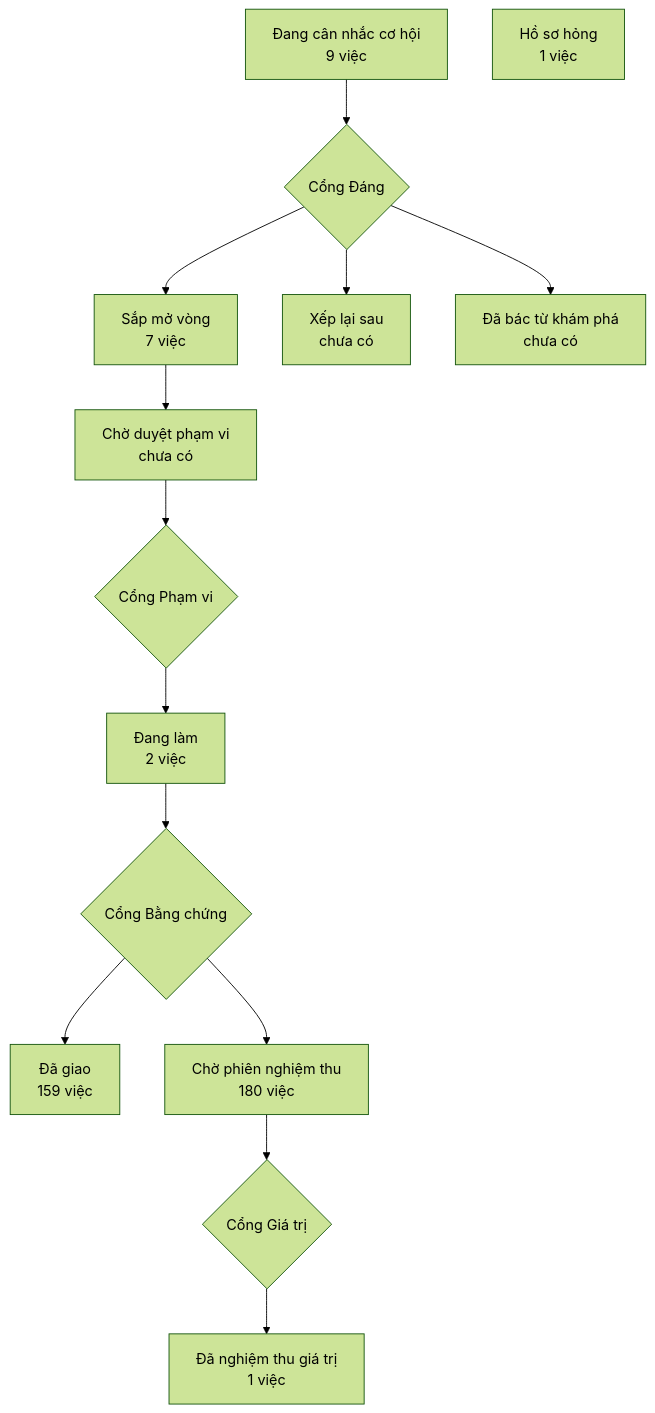
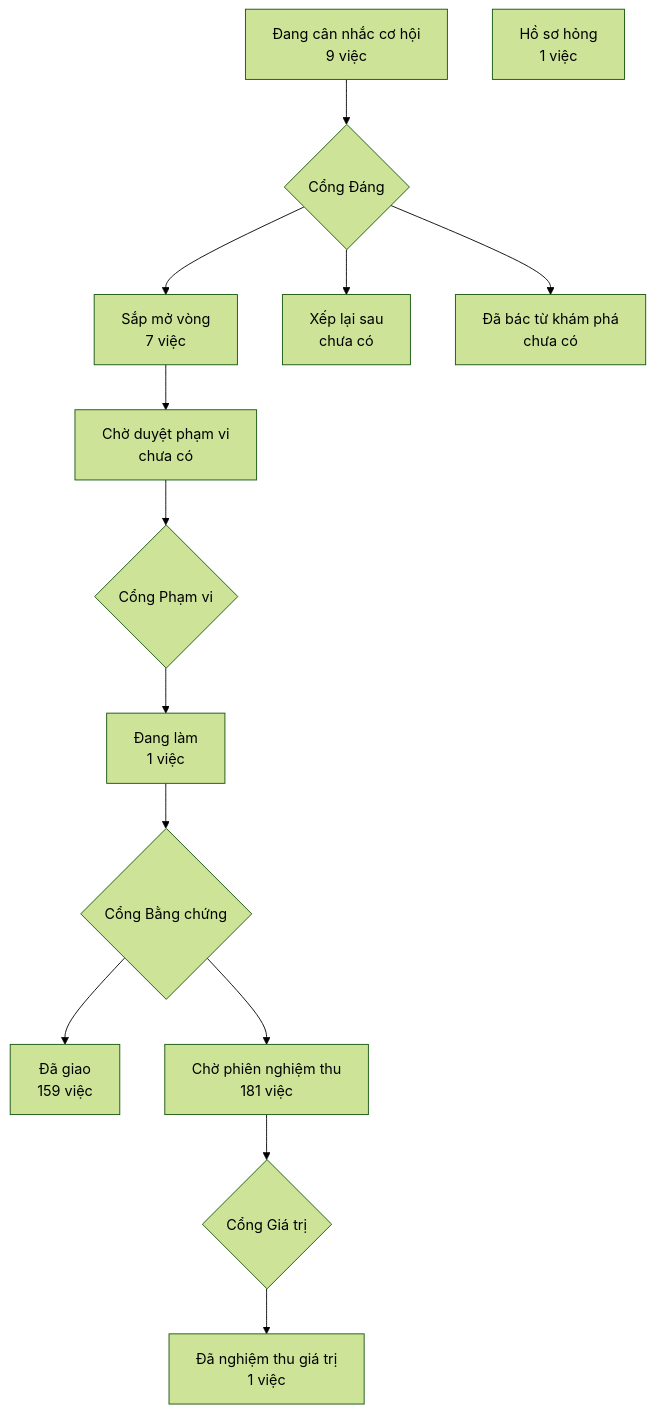
The diagram in PRODUCT-MAP.md (phanlemanh/crm-onehub), drawn with Mermaid (forest theme) before and after one commit. The commit also changed 4 other files, not shown here.

````diff
--- a/PRODUCT-MAP.md
+++ b/PRODUCT-MAP.md
@@ -7,13 +7,13 @@
 ```mermaid
 flowchart TD
   A["Đang cân nhắc cơ hội<br/>9 việc"] --> GD{"Cổng Đáng"}
   GD --> B["Sắp mở vòng<br/>7 việc"]
   GD --> XL["Xếp lại sau<br/>chưa có"]
   GD --> DB["Đã bác từ khám phá<br/>chưa có"]
   B --> CD["Chờ duyệt phạm vi<br/>chưa có"] --> GP{"Cổng Phạm vi"}
-  GP --> DL["Đang làm<br/>2 việc"] --> GB{"Cổng Bằng chứng"}
+  GP --> DL["Đang làm<br/>1 việc"] --> GB{"Cổng Bằng chứng"}
   GB --> DG["Đã giao<br/>159 việc"]
-  GB --> CN["Chờ phiên nghiệm thu<br/>180 việc"] --> GG{"Cổng Giá trị"}
+  GB --> CN["Chờ phiên nghiệm thu<br/>181 việc"] --> GG{"Cổng Giá trị"}
   GG --> NT["Đã nghiệm thu giá trị<br/>1 việc"]
   HS["Hồ sơ hỏng<br/>1 việc"]
 ```
````
